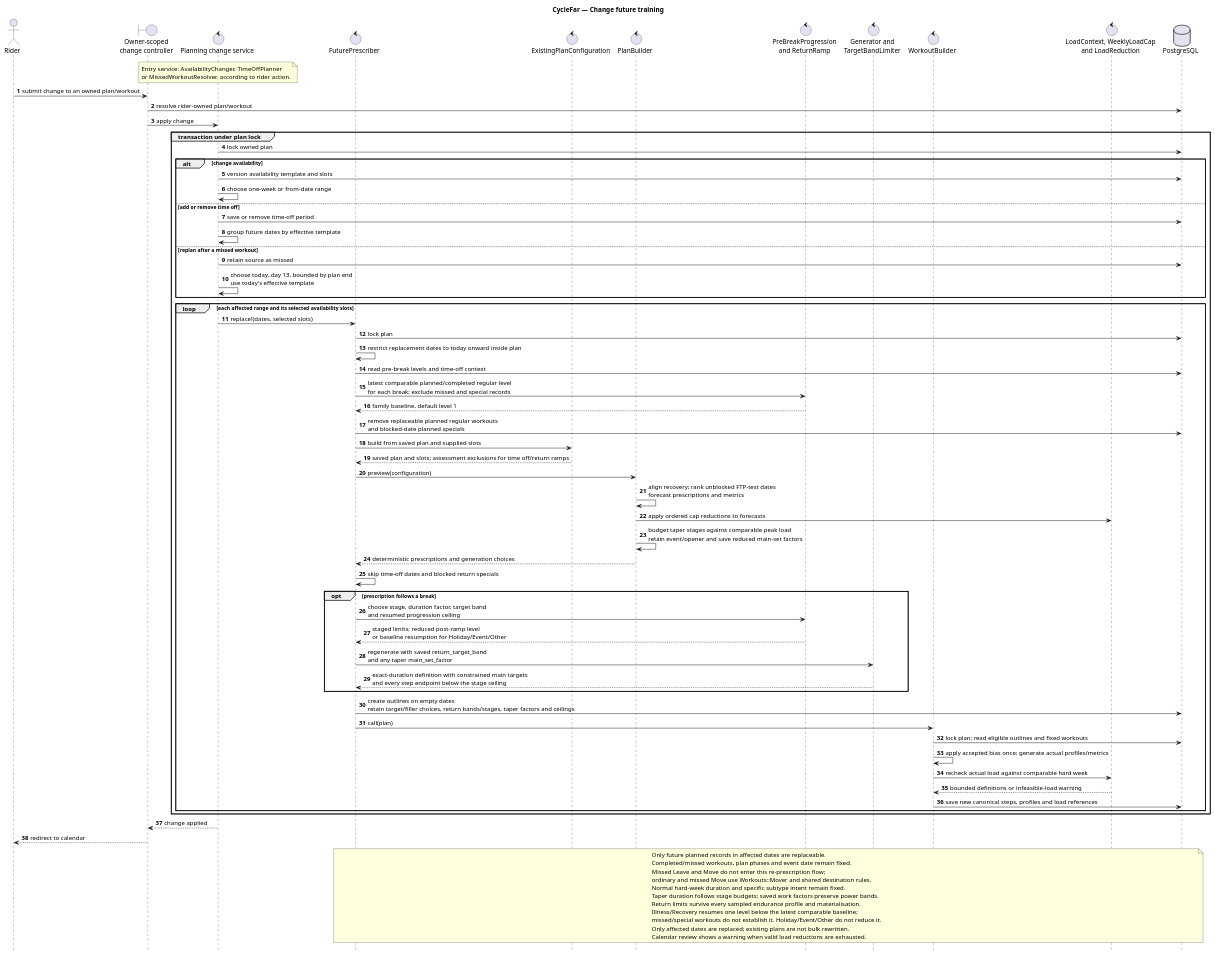
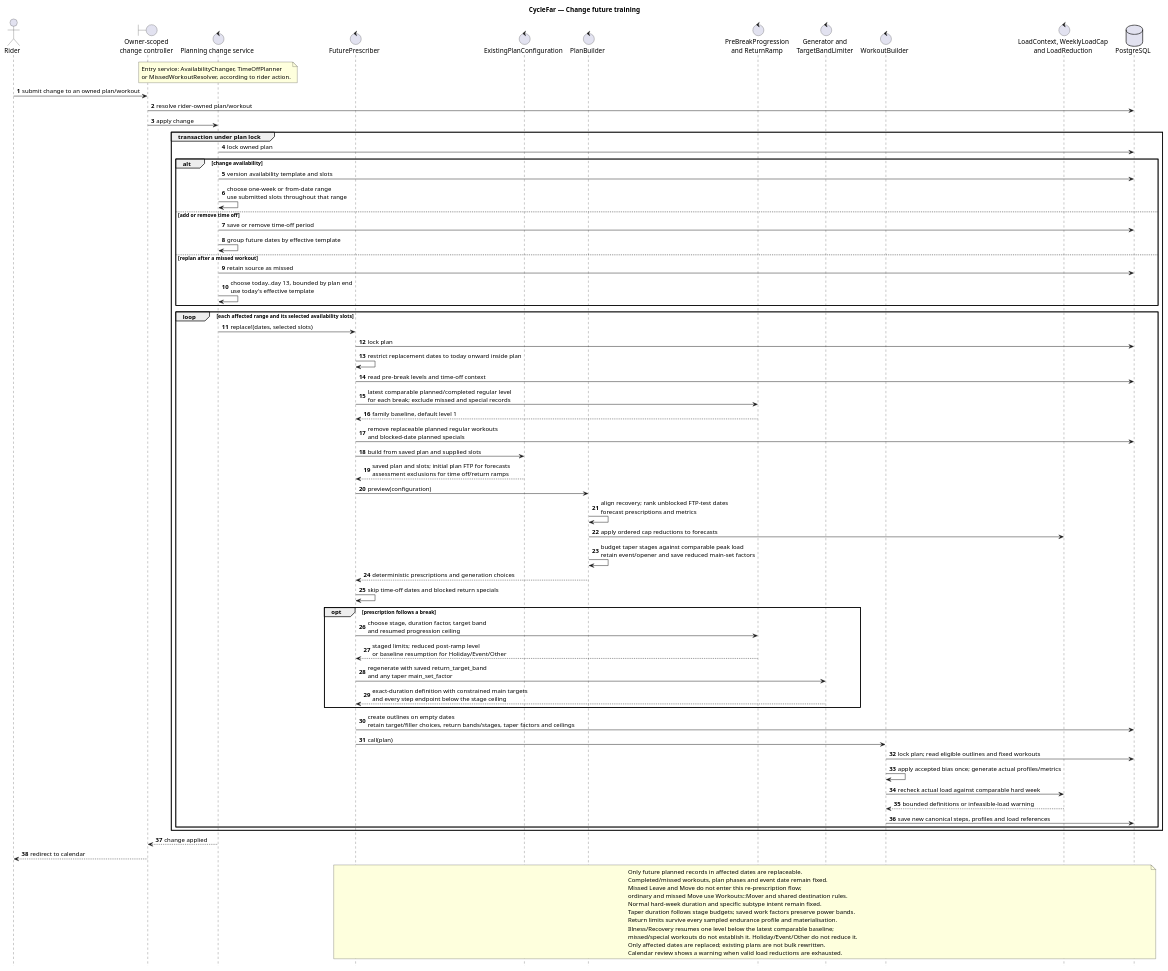
The diagram in docs/diagrams/sequence-cyclefar-future-replanning.puml (richardhartme/cyclefar), drawn with PlantUML before and after one commit. The commit also changed 20 other files, not shown here.

Commit message:
Updated diagrams

```diff
--- a/docs/diagrams/sequence-cyclefar-future-replanning.puml
+++ b/docs/diagrams/sequence-cyclefar-future-replanning.puml
@@ -1,87 +1,87 @@
 @startuml
 title CycleFar — Change future training
 
 autonumber
 hide footbox
 
 actor Rider
 boundary "Owner-scoped\nchange controller" as Controller
 control "Planning change service" as ChangeService
 control "FuturePrescriber" as Prescriber
 control "ExistingPlanConfiguration" as ExistingConfiguration
 control "PlanBuilder" as Builder
 control "PreBreakProgression\nand ReturnRamp" as ReturnRules
 control "Generator and\nTargetBandLimiter" as Generator
 control "WorkoutBuilder" as Materializer
 control "LoadContext, WeeklyLoadCap\nand LoadReduction" as LoadRules
 database "PostgreSQL" as Database
 
 note over ChangeService
   Entry service: AvailabilityChanger, TimeOffPlanner
   or MissedWorkoutResolver, according to rider action.
 end note
 
 Rider -> Controller: submit change to an owned plan/workout
 Controller -> Database: resolve rider-owned plan/workout
 Controller -> ChangeService: apply change
 group transaction under plan lock
   ChangeService -> Database: lock owned plan
   alt change availability
     ChangeService -> Database: version availability template and slots
-    ChangeService -> ChangeService: choose one-week or from-date range
+    ChangeService -> ChangeService: choose one-week or from-date range\nuse submitted slots throughout that range
   else add or remove time off
     ChangeService -> Database: save or remove time-off period
     ChangeService -> ChangeService: group future dates by effective template
   else replan after a missed workout
     ChangeService -> Database: retain source as missed
     ChangeService -> ChangeService: choose today..day 13, bounded by plan end\nuse today's effective template
   end
 
   loop each affected range and its selected availability slots
     ChangeService -> Prescriber: replace!(dates, selected slots)
     Prescriber -> Database: lock plan
     Prescriber -> Prescriber: restrict replacement dates to today onward inside plan
     Prescriber -> Database: read pre-break levels and time-off context
     Prescriber -> ReturnRules: latest comparable planned/completed regular level\nfor each break; exclude missed and special records
     ReturnRules --> Prescriber: family baseline, default level 1
     Prescriber -> Database: remove replaceable planned regular workouts\nand blocked-date planned specials
     Prescriber -> ExistingConfiguration: build from saved plan and supplied slots
-    ExistingConfiguration --> Prescriber: saved plan and slots; assessment exclusions for time off/return ramps
+    ExistingConfiguration --> Prescriber: saved plan and slots; initial plan FTP for forecasts\nassessment exclusions for time off/return ramps
     Prescriber -> Builder: preview(configuration)
     Builder -> Builder: align recovery; rank unblocked FTP-test dates\nforecast prescriptions and metrics
     Builder -> LoadRules: apply ordered cap reductions to forecasts
     Builder -> Builder: budget taper stages against comparable peak load\nretain event/opener and save reduced main-set factors
     Builder --> Prescriber: deterministic prescriptions and generation choices
     Prescriber -> Prescriber: skip time-off dates and blocked return specials
     opt prescription follows a break
       Prescriber -> ReturnRules: choose stage, duration factor, target band\nand resumed progression ceiling
       ReturnRules --> Prescriber: staged limits; reduced post-ramp level\nor baseline resumption for Holiday/Event/Other
       Prescriber -> Generator: regenerate with saved return_target_band\nand any taper main_set_factor
       Generator --> Prescriber: exact-duration definition with constrained main targets\nand every step endpoint below the stage ceiling
     end
     Prescriber -> Database: create outlines on empty dates\nretain target/filler choices, return bands/stages, taper factors and ceilings
     Prescriber -> Materializer: call(plan)
     Materializer -> Database: lock plan; read eligible outlines and fixed workouts
     Materializer -> Materializer: apply accepted bias once; generate actual profiles/metrics
     Materializer -> LoadRules: recheck actual load against comparable hard week
     LoadRules --> Materializer: bounded definitions or infeasible-load warning
     Materializer -> Database: save new canonical steps, profiles and load references
   end
 end
 ChangeService --> Controller: change applied
 Controller --> Rider: redirect to calendar
 
 note over Prescriber, Database
   Only future planned records in affected dates are replaceable.
   Completed/missed workouts, plan phases and event date remain fixed.
   Missed Leave and Move do not enter this re-prescription flow;
   ordinary and missed Move use Workouts::Mover and shared destination rules.
   Normal hard-week duration and specific subtype intent remain fixed.
   Taper duration follows stage budgets; saved work factors preserve power bands.
   Return limits survive every sampled endurance profile and materialisation.
   Illness/Recovery resumes one level below the latest comparable baseline;
   missed/special workouts do not establish it. Holiday/Event/Other do not reduce it.
   Only affected dates are replaced; existing plans are not bulk rewritten.
   Calendar review shows a warning when valid load reductions are exhausted.
 end note
 @enduml
```
